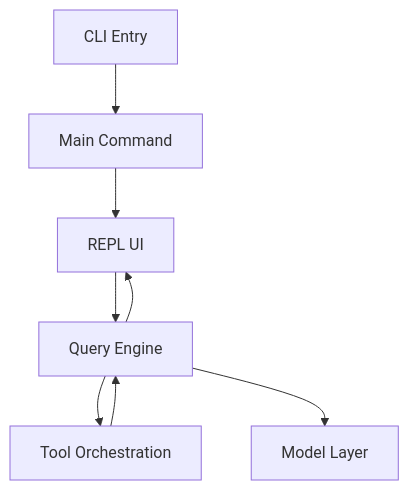
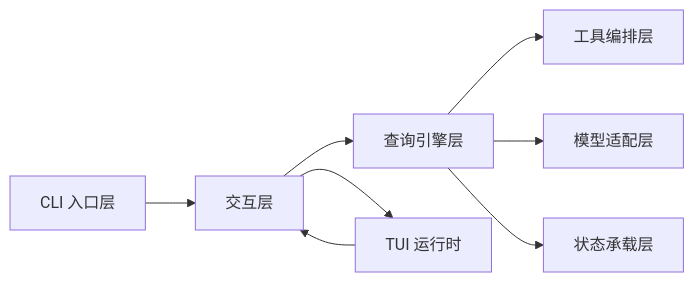
The first of 2 diagrams in notes/reviews/01-architecture-and-core-flow.md (friendlyhank/claude-code-annotated), drawn with Mermaid before and after one commit. The commit also changed other lines of this file, not shown here.

First line of the commit message:
docs: refine architecture doc with runtime skeleton and main flow

````diff
--- a/notes/reviews/01-architecture-and-core-flow.md
+++ b/notes/reviews/01-architecture-and-core-flow.md
@@ -23,10 +13,10 @@
 ```mermaid
-flowchart TB
-    Entry[CLI Entry] --> Main[Main Command]
-    Main --> Repl[REPL UI]
-    Repl --> Query[Query Engine]
-    Query --> Tools[Tool Orchestration]
-    Query --> Model[Model Layer]
-    Tools --> Query
-    Query --> Repl
+flowchart LR
+    A[CLI 入口层] --> B[交互层]
+    B --> C[查询引擎层]
+    C --> D[工具编排层]
+    C --> E[模型适配层]
+    C --> F[状态承载层]
+    B --> G[TUI 运行时]
+    G --> B
 ```
````
